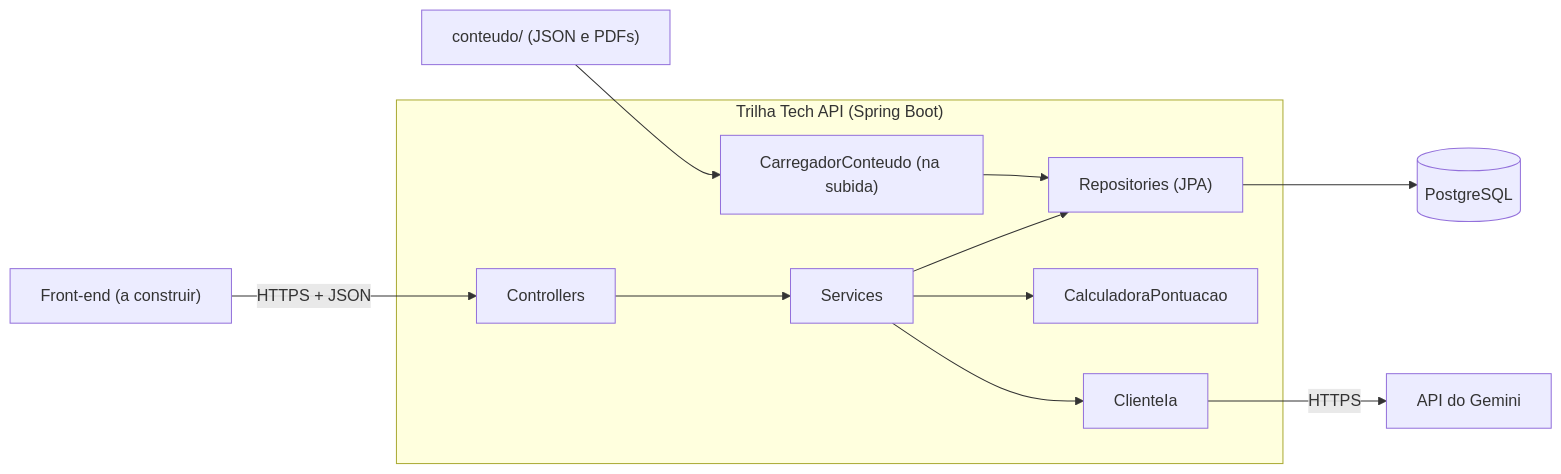
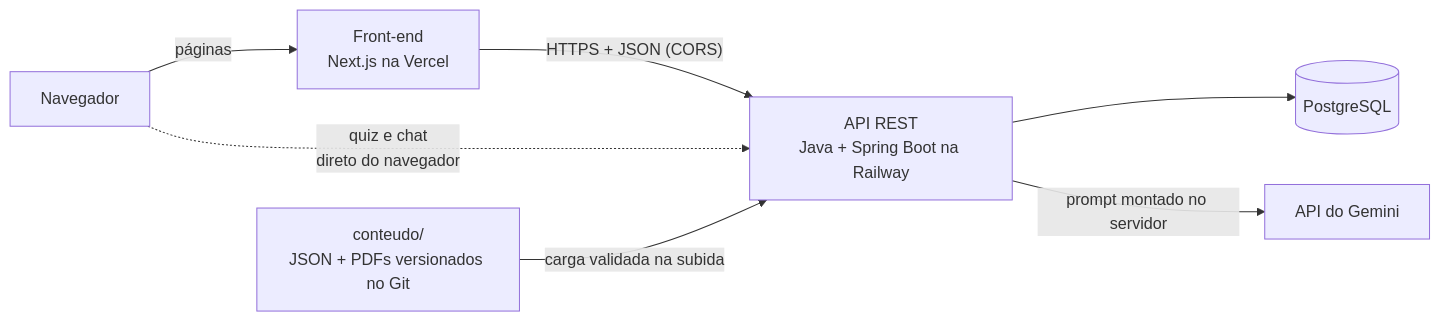
The diagram in README.md (obrenoxs/trilha-tech), drawn with Mermaid before and after one commit. The commit also changed other lines of this file and 6 other files, not shown here.

````diff
--- a/README.md
+++ b/README.md
@@ -74,14 +62,9 @@
 ```mermaid
 flowchart LR
-    Front["Front-end (a construir)"] -->|HTTPS + JSON| C
-    subgraph API["Trilha Tech API (Spring Boot)"]
-        C["Controllers"] --> S["Services"]
-        S --> R["Repositories (JPA)"]
-        S --> CALC["CalculadoraPontuacao"]
-        S --> IA["ClienteIa"]
-        L["CarregadorConteudo (na subida)"] --> R
-    end
-    FILES["conteudo/ (JSON e PDFs)"] --> L
-    R --> DB[("PostgreSQL")]
-    IA -->|HTTPS| G["API do Gemini"]
+    U["Navegador"] -->|páginas| F["Front-end<br/>Next.js na Vercel"]
+    F -->|"HTTPS + JSON (CORS)"| A["API REST<br/>Java + Spring Boot na Railway"]
+    U -.->|"quiz e chat<br/>direto do navegador"| A
+    A --> DB[("PostgreSQL")]
+    A -->|"prompt montado no servidor"| G["API do Gemini"]
+    C["conteudo/<br/>JSON + PDFs versionados no Git"] -->|"carga validada na subida"| A
 ```
````
